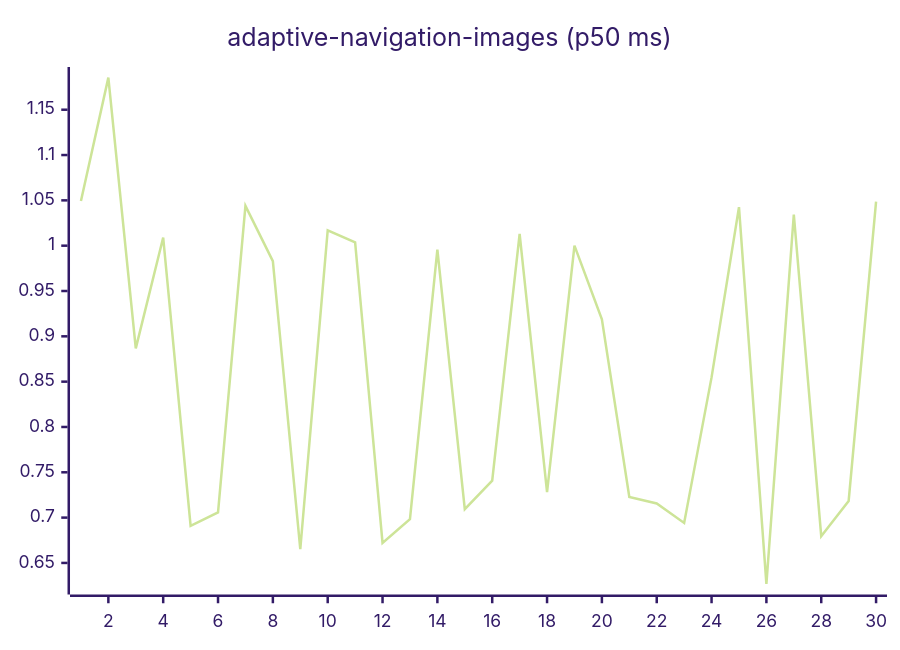
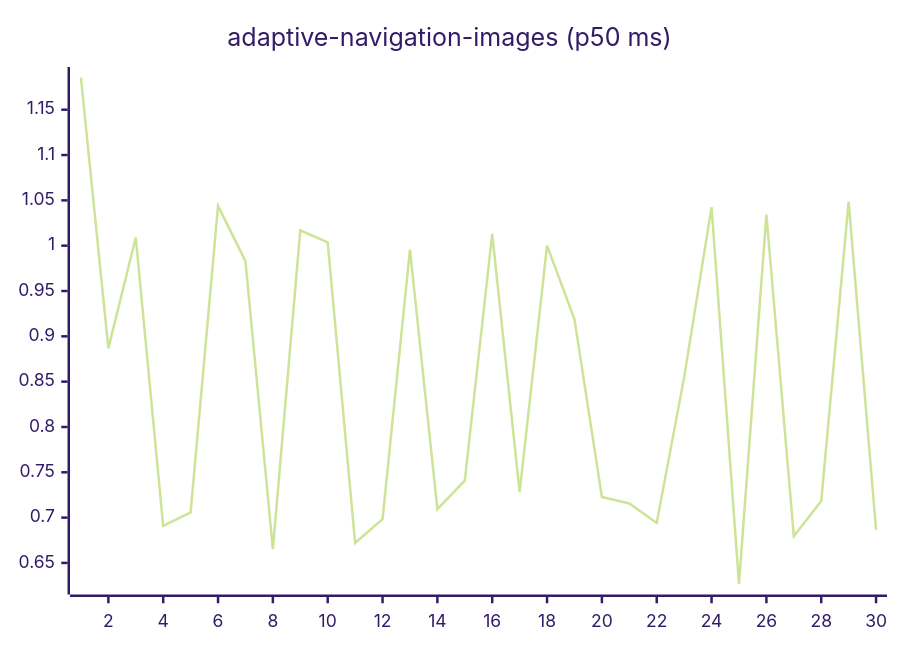
Before and after one commit to josha/Facet: the first of 27 diagrams in README.md, drawn with Mermaid (forest theme). The commit also changed other lines of this file and 2 other files, not shown here.

````diff
--- a/README.md
+++ b/README.md
@@ -63,6 +63,6 @@
 ```mermaid
 xychart-beta
     title "adaptive-navigation-images (p50 ms)"
     x-axis 1 --> 30
-    line [1.0494, 1.1854, 0.8867, 1.0090, 0.6909, 0.7058, 1.0439, 0.9829, 0.6652, 1.0169, 1.0037, 0.6721, 0.6983, 0.9956, 0.7094, 0.7407, 1.0129, 0.7280, 1.0000, 0.9189, 0.7227, 0.7156, 0.6941, 0.8547, 1.0425, 0.6269, 1.0344, 0.6795, 0.7184, 1.0485]
+    line [1.1854, 0.8867, 1.0090, 0.6909, 0.7058, 1.0439, 0.9829, 0.6652, 1.0169, 1.0037, 0.6721, 0.6983, 0.9956, 0.7094, 0.7407, 1.0129, 0.7280, 1.0000, 0.9189, 0.7227, 0.7156, 0.6941, 0.8547, 1.0425, 0.6269, 1.0344, 0.6795, 0.7184, 1.0485, 0.6864]
 ```
````
